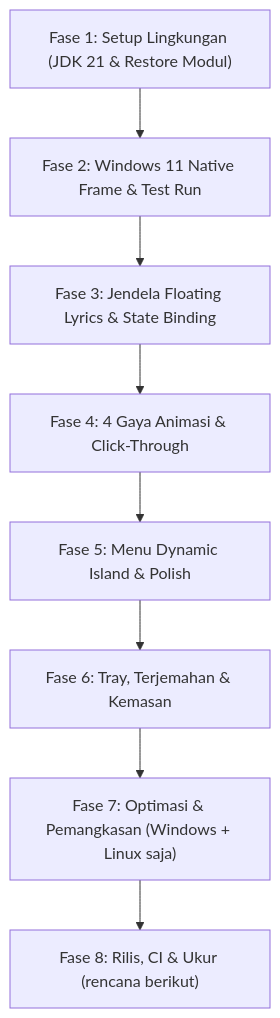
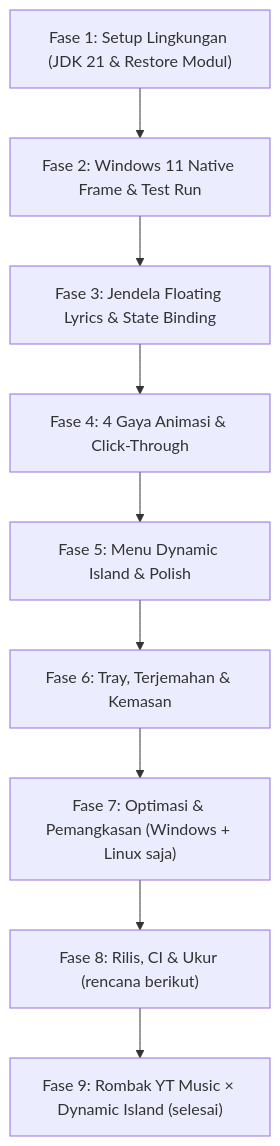
Before and after one commit to daffa-789/BitChord: the diagram in PLAN_WINDOWS.md, drawn with Mermaid. The commit also changed other lines of this file and 720 other files, not shown here.

````diff
--- a/PLAN_WINDOWS.md
+++ b/PLAN_WINDOWS.md
@@ -120,10 +120,11 @@
 ```mermaid
 flowchart TD
     Fase1["Fase 1: Setup Lingkungan (JDK 21 & Restore Modul)"] --> Fase2["Fase 2: Windows 11 Native Frame & Test Run"]
     Fase2 --> Fase3["Fase 3: Jendela Floating Lyrics & State Binding"]
     Fase3 --> Fase4["Fase 4: 4 Gaya Animasi & Click-Through"]
     Fase4 --> Fase5["Fase 5: Menu Dynamic Island & Polish"]
     Fase5 --> Fase6["Fase 6: Tray, Terjemahan & Kemasan"]
     Fase6 --> Fase7["Fase 7: Optimasi & Pemangkasan (Windows + Linux saja)"]
     Fase7 --> Fase8["Fase 8: Rilis, CI & Ukur (rencana berikut)"]
+    Fase8 --> Fase9["Fase 9: Rombak YT Music × Dynamic Island (selesai)"]
 ```
````
